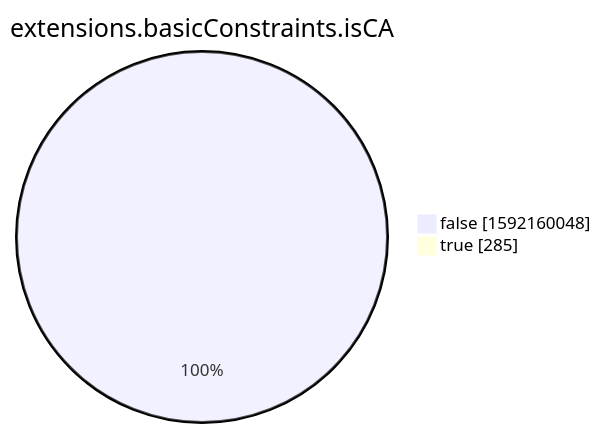
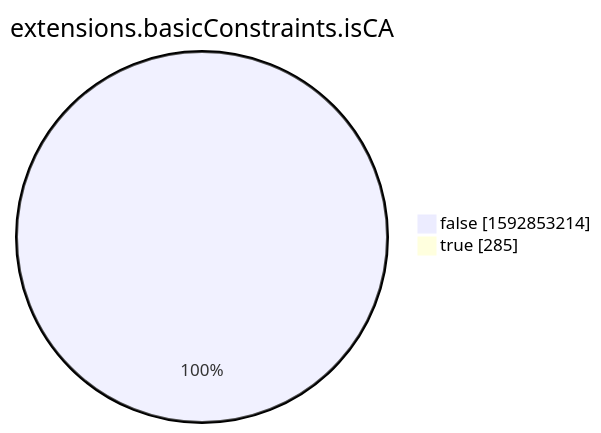
Before and after one commit to christiankrug/ctmonitor_visualization: the eighth of 15 diagrams in xenon2022/README.md, drawn with Mermaid. The commit also changed other lines of this file, not shown here.

````diff
--- a/xenon2022/README.md
+++ b/xenon2022/README.md
@@ -2862,6 +2862,6 @@
 ```mermaid
 pie showData
 title extensions.basicConstraints.isCA
-"false" :1592160048
+"false" :1592853214
 "true" :285
 ```
````
